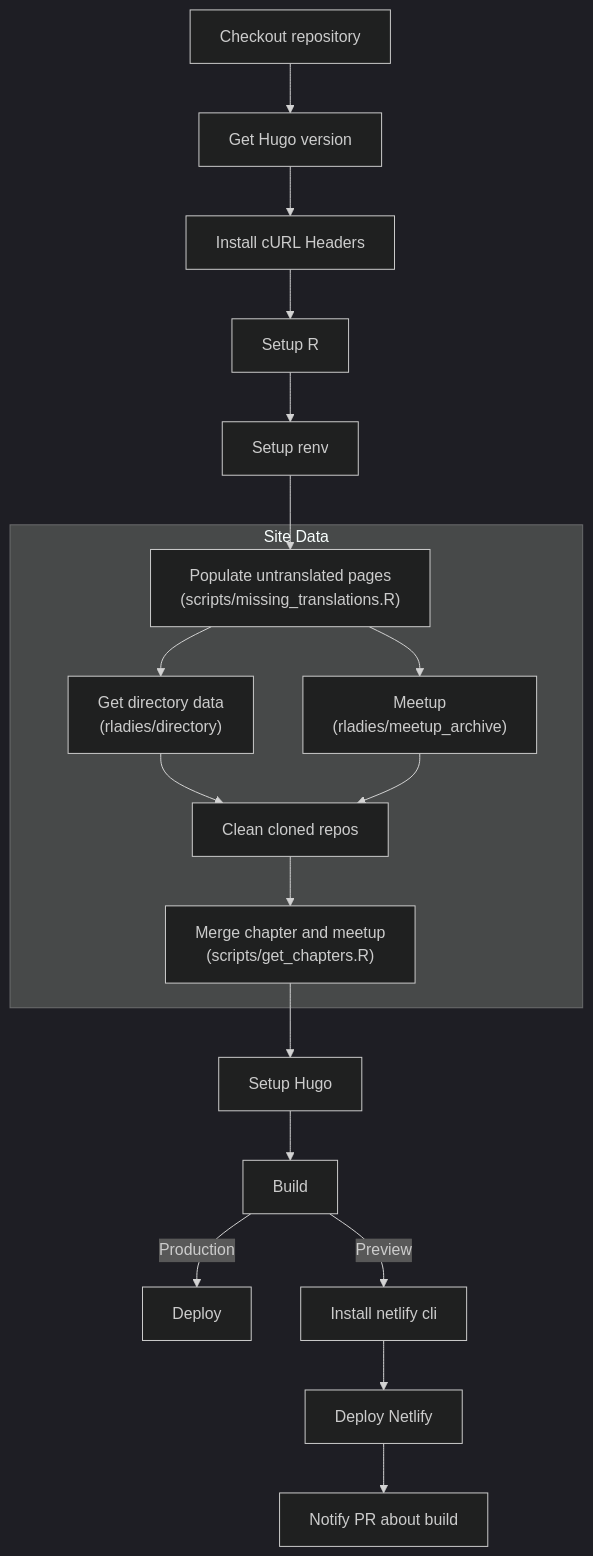
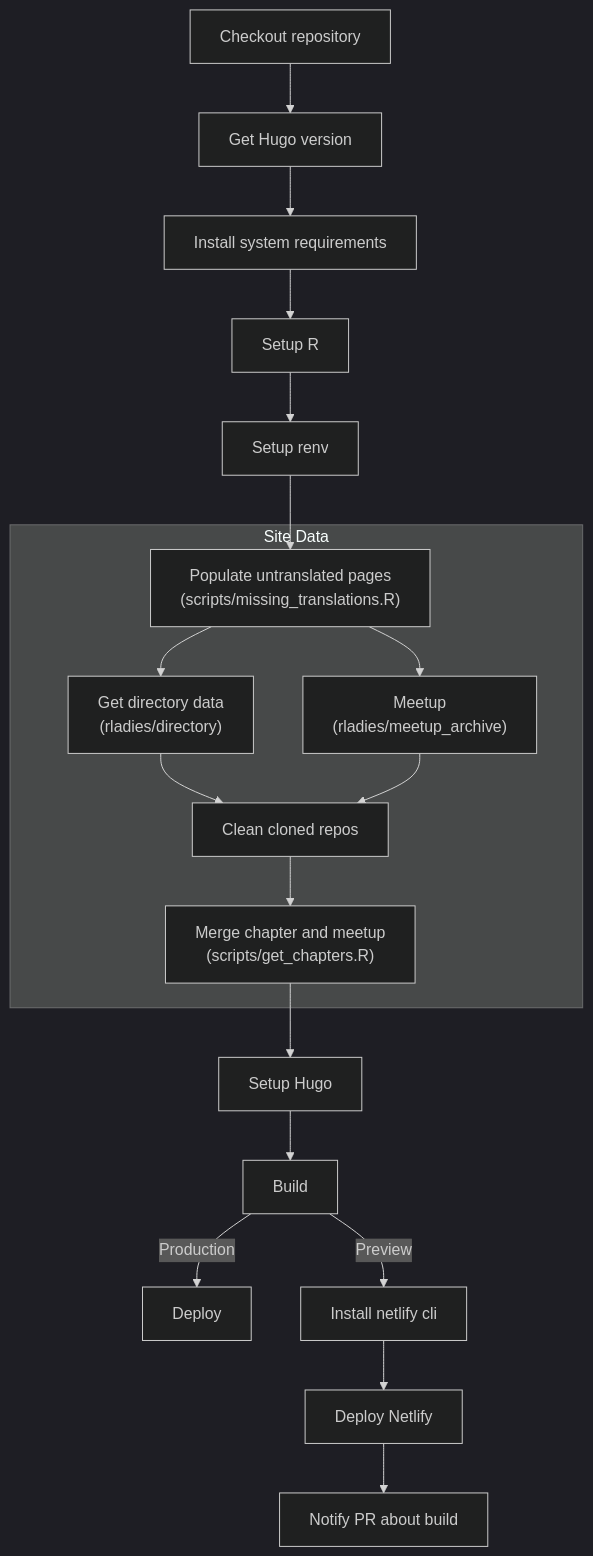
One commit to rladies/rladies.github.io changed the diagram in README.md. Above: the diagram before and after it, drawn with Mermaid (dark theme). The commit also changed 16 other files, not shown here.

````diff
--- a/README.md
+++ b/README.md
@@ -28,27 +28,27 @@
 ```mermaid
 graph TB
 
 A[Checkout repository] --> B[Get Hugo version]
-B --> C[Install cURL Headers]
+B --> C[Install system requirements]
 C --> D[Setup R]
 D --> E[Setup renv]
 E --> F["Populate untranslated pages\n(scripts/missing_translations.R)"]
 
 subgraph Site Data
   F --> G["Get directory data\n(rladies/directory)"]
   F --> H["Meetup\n(rladies/meetup_archive)"]
   G --> J["Clean cloned repos"]
   J --> K["Merge chapter and meetup\n(scripts/get_chapters.R)"]
 end
 
 H --> J
 K --> L[Setup Hugo]
 L --> M[Build]
 
 M -->|Production| N[Deploy]
 
 M -->|Preview| O[Install netlify cli]
 O --> P[Deploy Netlify]
 P --> Q["Notify PR about build"]
 
 ```
````
